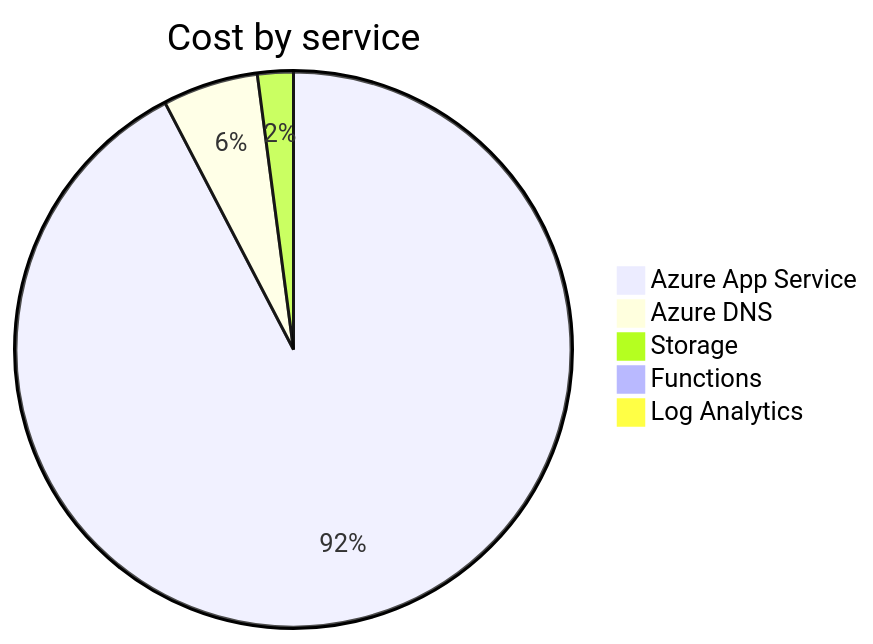
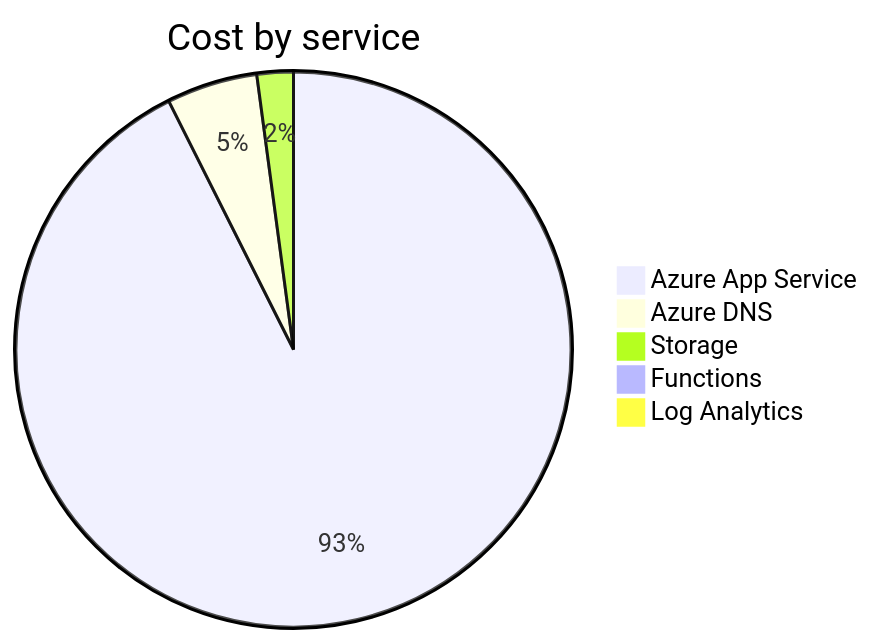
The second of 4 diagrams in cost-reports/accumulated-cost.md (jpfulton/azure-personal-reports), drawn with Mermaid before and after one commit. The commit also changed other lines of this file and 4 other files, not shown here.

````diff
--- a/cost-reports/accumulated-cost.md
+++ b/cost-reports/accumulated-cost.md
@@ -97,9 +97,9 @@
 ```mermaid
 pie
    title Cost by service
-   "Azure App Service" : 1.33
-   "Azure DNS" : 0.08
-   "Storage" : 0.03
+   "Azure App Service" : 1.75
+   "Azure DNS" : 0.10
+   "Storage" : 0.04
    "Functions" : 0.00
    "Log Analytics" : 0.00
 ```
````
